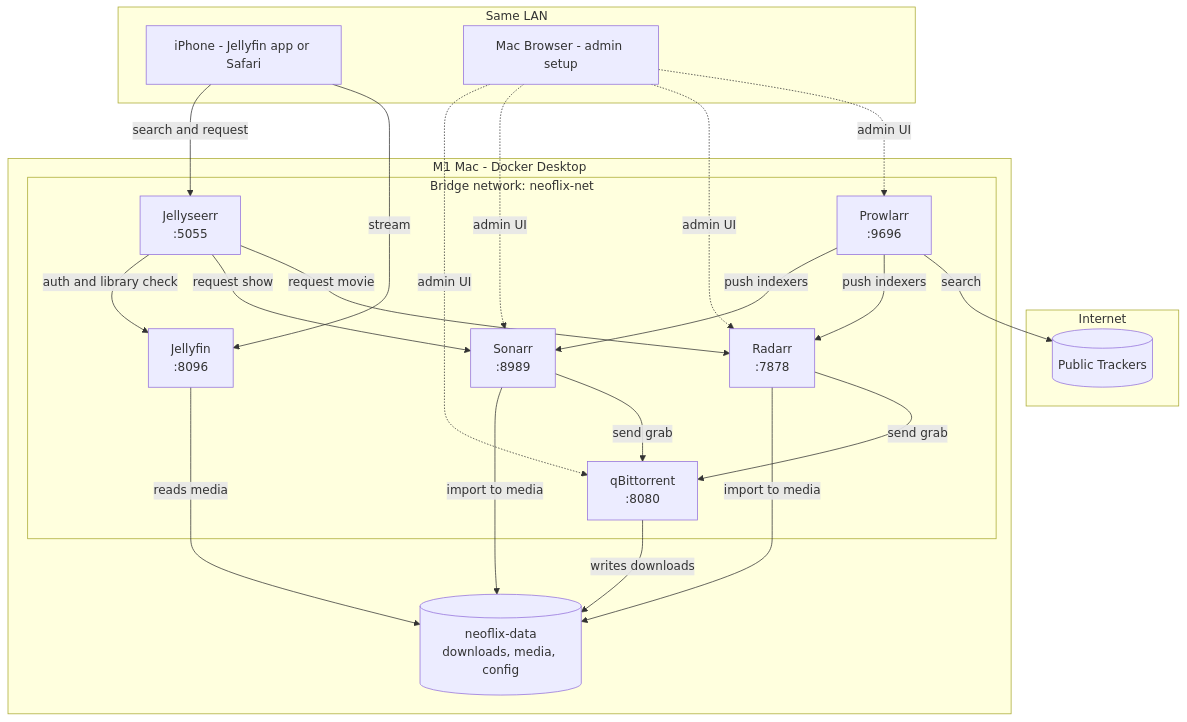
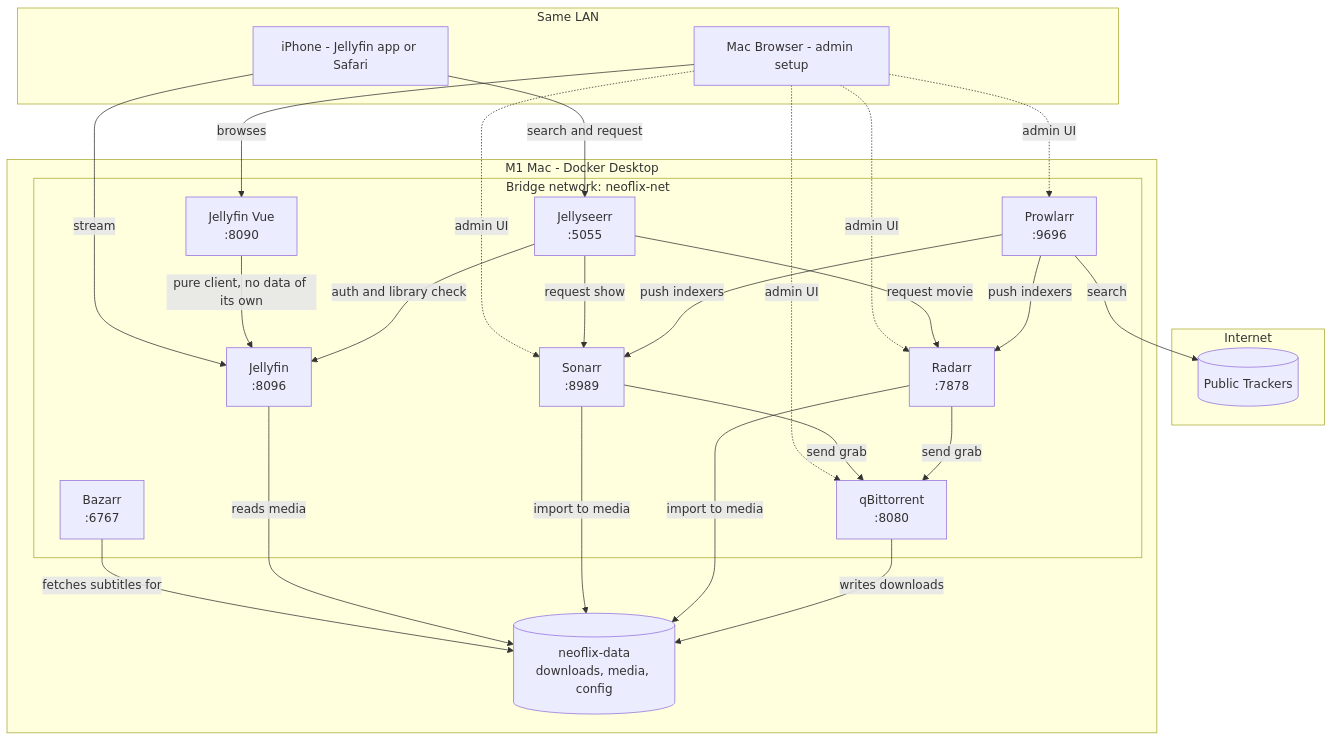
The first of 3 diagrams in HLD.md (adarshsingh1407/neoflix), drawn with Mermaid before and after one commit. The commit also changed other lines of this file and 6 other files, not shown here.

First line of the commit message:
Add Homepage dashboard, Ofelia scheduler, Uptime Kuma, and Jellyfin Vue

````diff
--- a/HLD.md
+++ b/HLD.md
@@ -11,43 +11,48 @@
 ```mermaid
 flowchart TB
     subgraph internet["Internet"]
         trackers[("Public Trackers")]
     end
 
     subgraph mac["M1 Mac - Docker Desktop"]
         subgraph net["Bridge network: neoflix-net"]
             prowlarr["Prowlarr<br>:9696"]
             radarr["Radarr<br>:7878"]
             sonarr["Sonarr<br>:8989"]
             qbit["qBittorrent<br>:8080"]
             jellyseerr["Jellyseerr<br>:5055"]
             jellyfin["Jellyfin<br>:8096"]
+            bazarr["Bazarr<br>:6767"]
+            jfvue["Jellyfin Vue<br>:8090"]
         end
 
         data[("neoflix-data<br>downloads, media, config")]
     end
 
     subgraph lan["Same LAN"]
         iphone["iPhone - Jellyfin app or Safari"]
         macbrowser["Mac Browser - admin setup"]
     end
 
     prowlarr -- search --> trackers
     prowlarr -- push indexers --> radarr
     prowlarr -- push indexers --> sonarr
     radarr -- send grab --> qbit
     sonarr -- send grab --> qbit
     qbit -- writes downloads --> data
     radarr -- import to media --> data
     sonarr -- import to media --> data
     jellyfin -- reads media --> data
+    bazarr -- fetches subtitles for --> data
     jellyseerr -- request movie --> radarr
     jellyseerr -- request show --> sonarr
     jellyseerr -- auth and library check --> jellyfin
+    jfvue -- pure client, no data of its own --> jellyfin
     iphone -- stream --> jellyfin
     iphone -- search and request --> jellyseerr
     macbrowser -.admin UI.-> prowlarr
     macbrowser -.admin UI.-> radarr
     macbrowser -.admin UI.-> sonarr
     macbrowser -.admin UI.-> qbit
+    macbrowser -- browses --> jfvue
 ```
````
